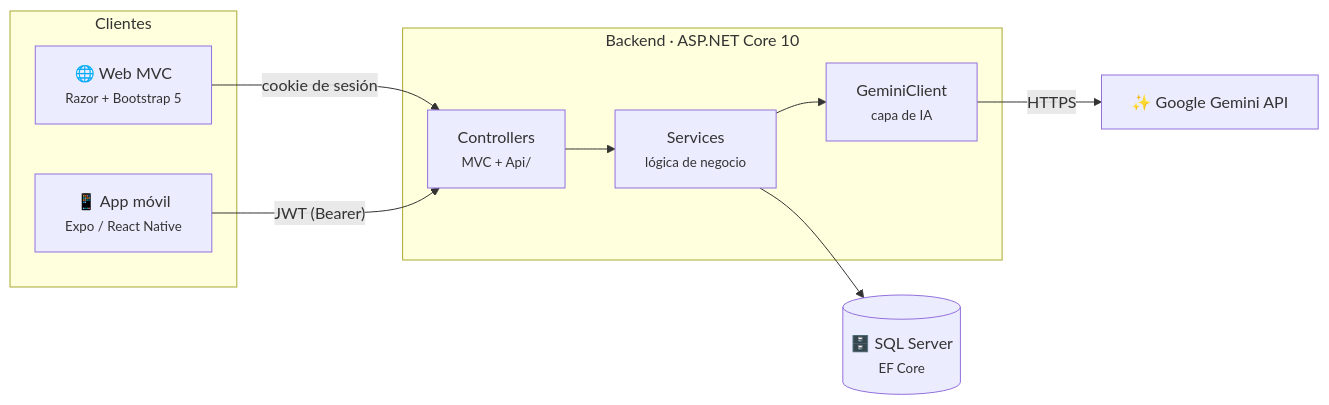
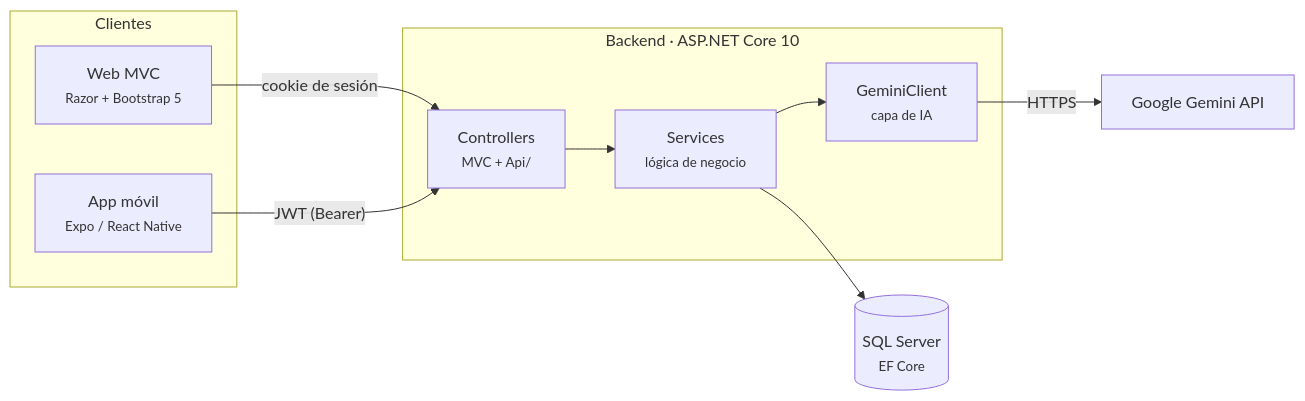
Before and after one commit to unice786/SugoiNote: the first of 3 diagrams in README.md, drawn with Mermaid. The commit also changed other lines of this file and 3 other files, not shown here.

````diff
--- a/README.md
+++ b/README.md
@@ -93,23 +86,23 @@
 ```mermaid
 flowchart LR
     subgraph CLIENTES["Clientes"]
-        W["🌐 Web MVC<br/><small>Razor + Bootstrap 5</small>"]
-        M["📱 App móvil<br/><small>Expo / React Native</small>"]
+        W["Web MVC<br/><small>Razor + Bootstrap 5</small>"]
+        M["App móvil<br/><small>Expo / React Native</small>"]
     end
 
     subgraph BACKEND["Backend · ASP.NET Core 10"]
         C["Controllers<br/><small>MVC + Api/</small>"]
         S["Services<br/><small>lógica de negocio</small>"]
         IA["GeminiClient<br/><small>capa de IA</small>"]
     end
 
-    DB[("🗄️ SQL Server<br/><small>EF Core</small>")]
-    G["✨ Google Gemini API"]
+    DB[("SQL Server<br/><small>EF Core</small>")]
+    G["Google Gemini API"]
 
     W -- "cookie de sesión" --> C
     M -- "JWT (Bearer)" --> C
     C --> S
     S --> DB
     S --> IA
     IA -- "HTTPS" --> G
 ```
````
